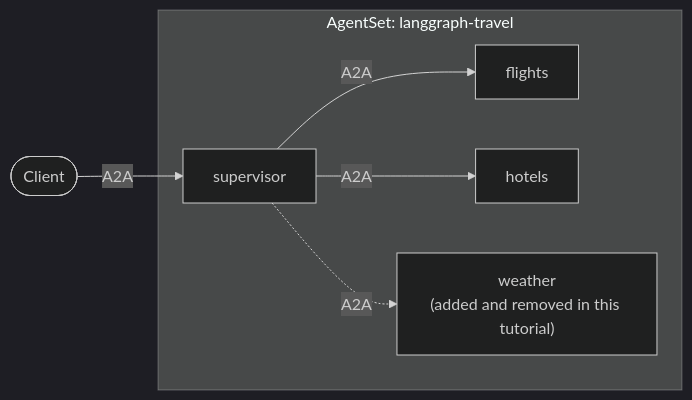
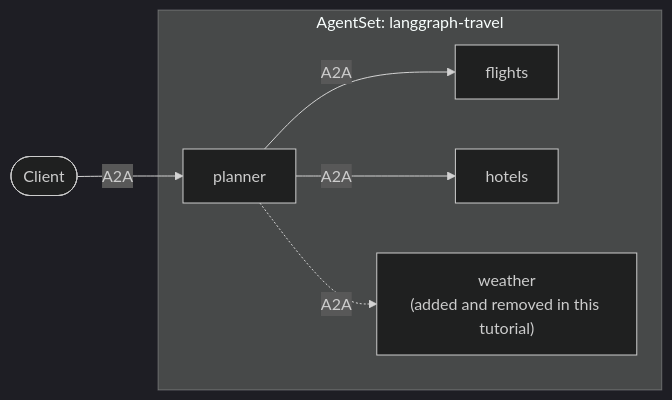
One commit to kynoproj/kynomesh changed the diagram in docs/tutorials/langgraph/3-dynamic-peers.md. Above: the diagram before and after it, drawn with Mermaid (dark theme). The commit also changed other lines of this file and 8 other files, not shown here.

````diff
--- a/docs/tutorials/langgraph/3-dynamic-peers.md
+++ b/docs/tutorials/langgraph/3-dynamic-peers.md
@@ -12,9 +12,9 @@
 ```mermaid
 flowchart LR
-    client([Client]) -- A2A --> supervisor
+    client([Client]) -- A2A --> planner
     subgraph set ["AgentSet: langgraph-travel"]
-        supervisor -- A2A --> flights
-        supervisor -- A2A --> hotels
-        supervisor -. A2A .-> weather["weather<br/>(added and removed in this tutorial)"]
+        planner -- A2A --> flights
+        planner -- A2A --> hotels
+        planner -. A2A .-> weather["weather<br/>(added and removed in this tutorial)"]
     end
 ```
````
